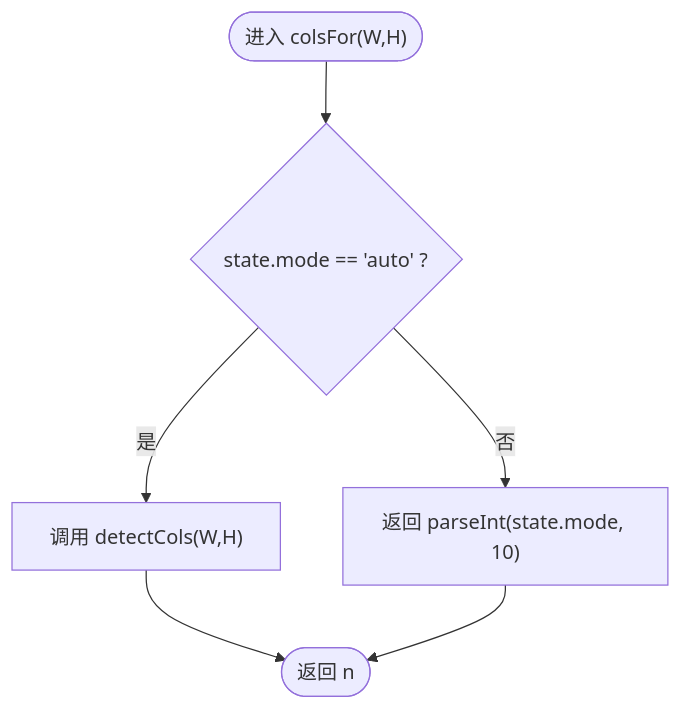
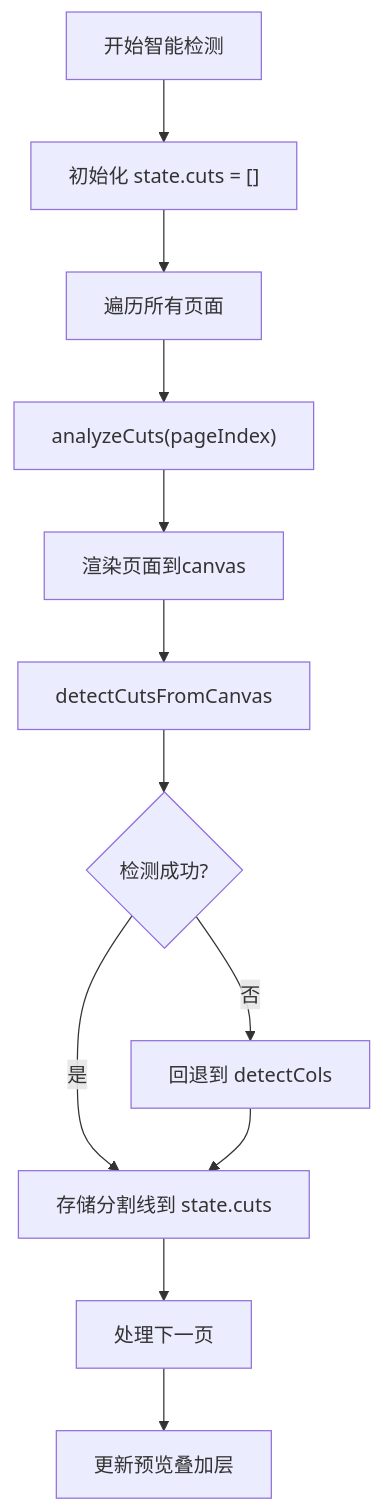
One commit to wzh8080/PDFTools changed the fifth of 9 diagrams in .qoder/repowiki/zh/content/PDF处理引擎/智能栏数识别.md. Above: the diagram before and after it, drawn with Mermaid. The commit also changed other lines of this file and 29 other files, not shown here.

````diff
--- a/.qoder/repowiki/zh/content/PDF处理引擎/智能栏数识别.md
+++ b/.qoder/repowiki/zh/content/PDF处理引擎/智能栏数识别.md
@@ -154,8 +236,14 @@
 ```mermaid
 flowchart TD
-Enter(["进入 colsFor(W,H)"]) --> ModeCheck{"state.mode == 'auto' ?"}
-ModeCheck --> |是| Auto["调用 detectCols(W,H)"]
-ModeCheck --> |否| Manual["返回 parseInt(state.mode, 10)"]
-Auto --> Exit(["返回 n"])
-Manual --> Exit
+Start["开始智能检测"] --> Init["初始化 state.cuts = []"]
+Init --> LoopPages["遍历所有页面"]
+LoopPages --> AnalyzePage["analyzeCuts(pageIndex)"]
+AnalyzePage --> Render["渲染页面到canvas"]
+Render --> Detect["detectCutsFromCanvas"]
+Detect --> Success{"检测成功?"}
+Success --> |是| StoreCuts["存储分割线到 state.cuts"]
+Success --> |否| Fallback["回退到 detectCols"]
+Fallback --> StoreCuts
+StoreCuts --> NextPage["处理下一页"]
+NextPage --> Done["更新预览叠加层"]
 ```
````
